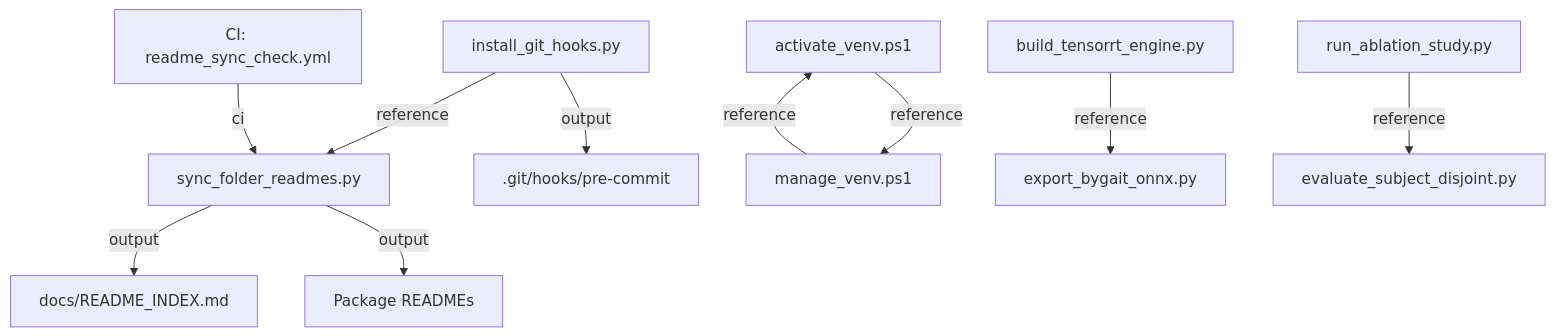
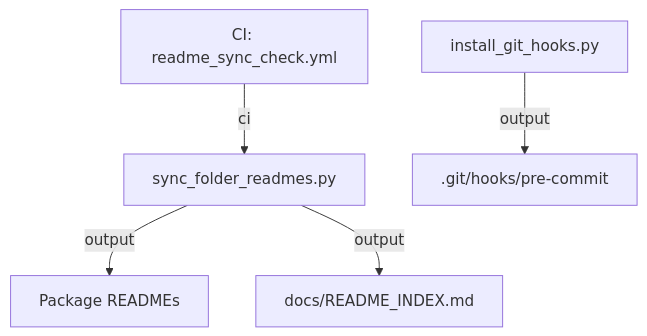
One commit to chanuka8/argus-gait-recognition changed the first of 3 diagrams in scripts/README.md. Above: the diagram before and after it, drawn with Mermaid. The commit also changed other lines of this file and 334 other files, not shown here.

````diff
--- a/scripts/README.md
+++ b/scripts/README.md
@@ -1110,24 +125,13 @@
 ```mermaid
 flowchart TD
     CI__readme_sync_check_yml["CI: readme_sync_check.yml"]
     sync_folder_readmes_py["sync_folder_readmes.py"]
     CI__readme_sync_check_yml -->|ci| sync_folder_readmes_py
-    activate_venv_ps1["activate_venv.ps1"]
-    manage_venv_ps1["manage_venv.ps1"]
-    activate_venv_ps1 -->|reference| manage_venv_ps1
-    build_tensorrt_engine_py["build_tensorrt_engine.py"]
-    export_bygait_onnx_py["export_bygait_onnx.py"]
-    build_tensorrt_engine_py -->|reference| export_bygait_onnx_py
     install_git_hooks_py["install_git_hooks.py"]
     _git_hooks_pre_commit[".git/hooks/pre-commit"]
     install_git_hooks_py -->|output| _git_hooks_pre_commit
-    install_git_hooks_py -->|reference| sync_folder_readmes_py
-    manage_venv_ps1 -->|reference| activate_venv_ps1
-    run_ablation_study_py["run_ablation_study.py"]
-    evaluate_subject_disjoint_py["evaluate_subject_disjoint.py"]
-    run_ablation_study_py -->|reference| evaluate_subject_disjoint_py
     Package_READMEs["Package READMEs"]
     sync_folder_readmes_py -->|output| Package_READMEs
     docs_README_INDEX_md["docs/README_INDEX.md"]
     sync_folder_readmes_py -->|output| docs_README_INDEX_md
 ```
````
